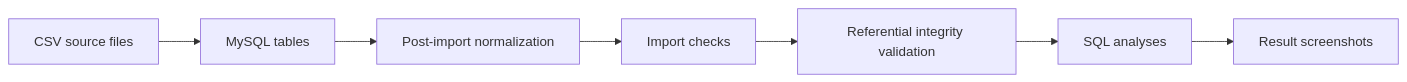
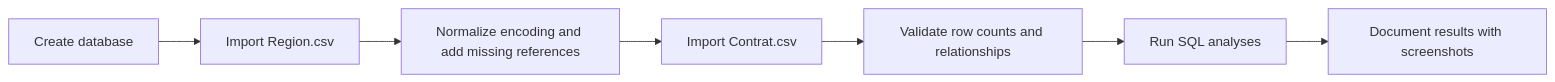
Before and after one commit to Stephane-OC/assurance-habitation-sql: the first of 2 diagrams in README.md, drawn with Mermaid. The commit also changed other lines of this file and 10 other files, not shown here.

First line of the commit message:
Separate encoding normalization from the SQL workflow

````diff
--- a/README.md
+++ b/README.md
@@ -61,9 +63,9 @@
 ```mermaid
 flowchart LR
-    A[CSV source files] --> B[MySQL tables]
-    B --> C[Post-import normalization]
-    C --> D[Import checks]
-    D --> E[Referential integrity validation]
-    E --> F[SQL analyses]
-    F --> G[Result screenshots]
+    A[Create database] --> B[Import Region.csv]
+    B --> C[Normalize encoding and add missing references]
+    C --> D[Import Contrat.csv]
+    D --> E[Validate row counts and relationships]
+    E --> F[Run SQL analyses]
+    F --> G[Document results with screenshots]
 ```
````
